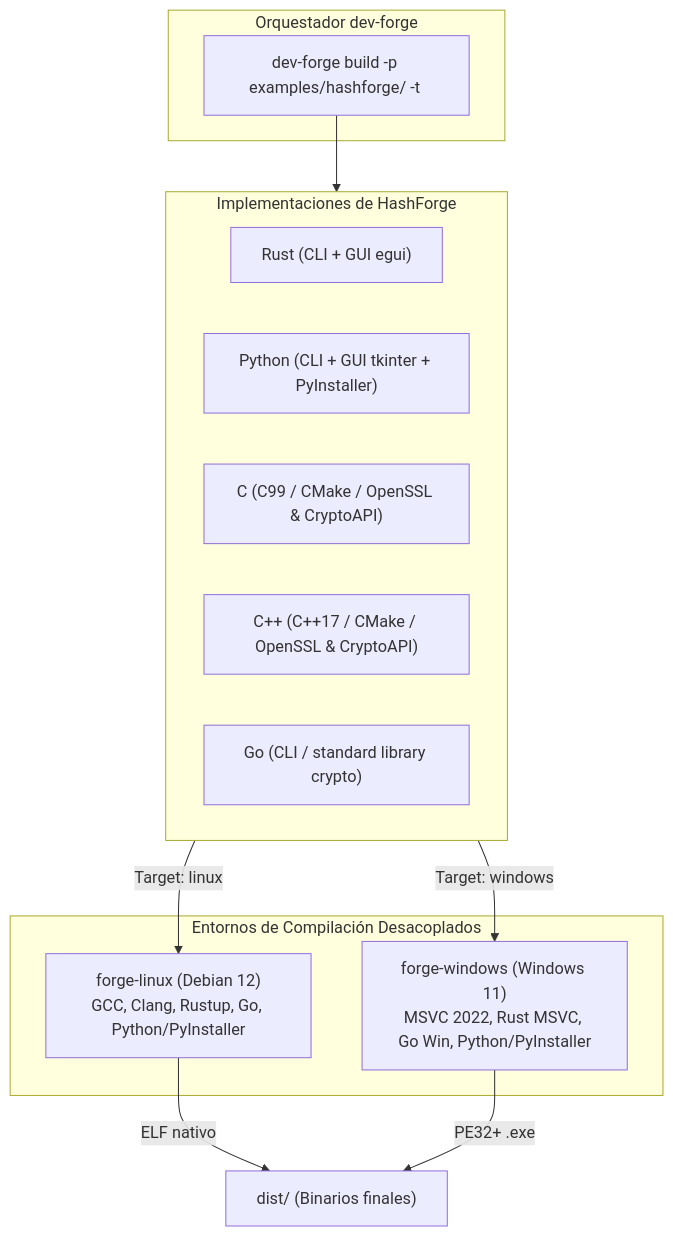
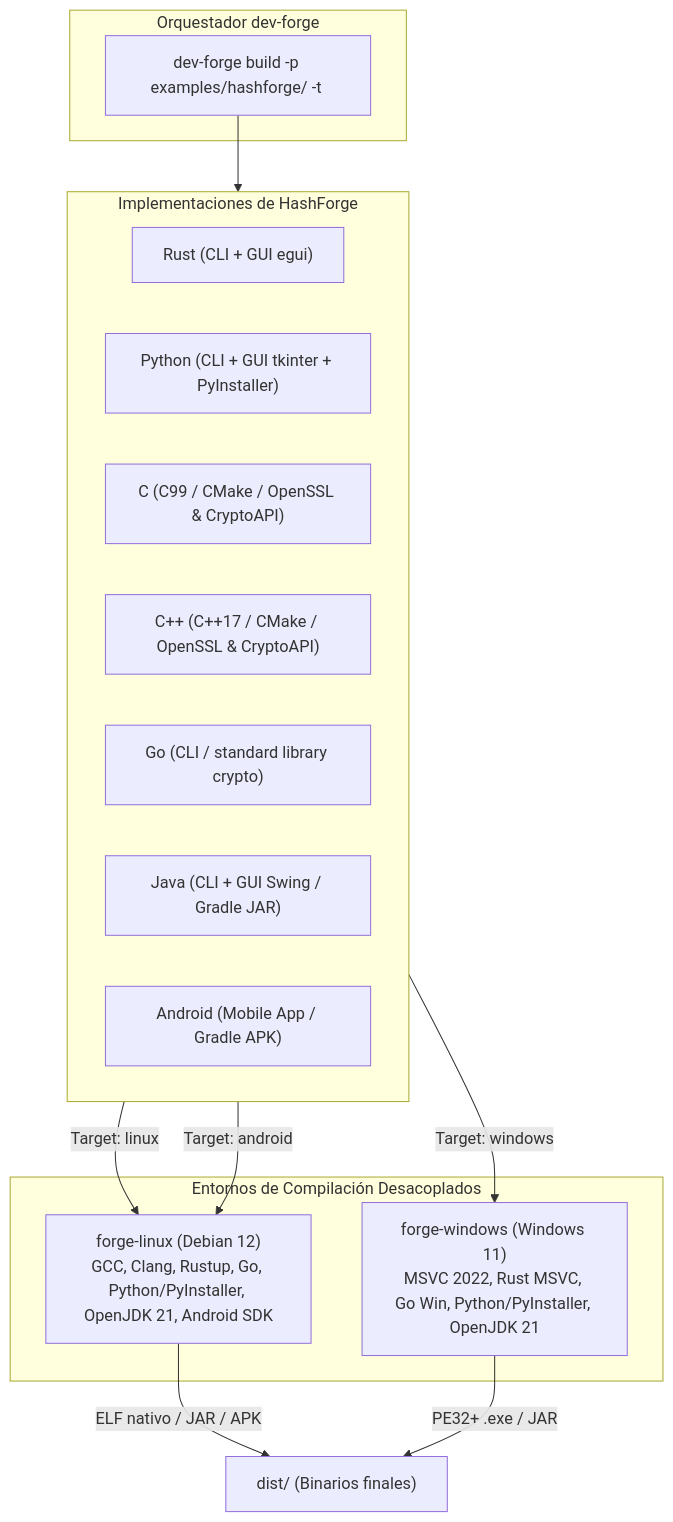
One commit to olorinj/dev-forge changed the diagram in examples/hashforge/README.md. Above: the diagram before and after it, drawn with Mermaid. The commit also changed other lines of this file and 32 other files, not shown here.

First line of the commit message:
feat(examples): add Java and Android mobile implementations to HashForge

````diff
--- a/examples/hashforge/README.md
+++ b/examples/hashforge/README.md
@@ -7,26 +7,29 @@
 ```mermaid
 flowchart TD
     subgraph Orquestador["Orquestador dev-forge"]
         CLI["dev-forge build -p examples/hashforge/<lenguaje> -t <target>"]
     end
 
     subgraph VMs["Entornos de Compilación Desacoplados"]
-        LinuxVM["forge-linux (Debian 12)\nGCC, Clang, Rustup, Go, Python/PyInstaller"]
-        WinVM["forge-windows (Windows 11)\nMSVC 2022, Rust MSVC, Go Win, Python/PyInstaller"]
+        LinuxVM["forge-linux (Debian 12)\nGCC, Clang, Rustup, Go, Python/PyInstaller, OpenJDK 21, Android SDK"]
+        WinVM["forge-windows (Windows 11)\nMSVC 2022, Rust MSVC, Go Win, Python/PyInstaller, OpenJDK 21"]
     end
 
     subgraph Lenguajes["Implementaciones de HashForge"]
         L_Rust["Rust (CLI + GUI egui)"]
         L_Py["Python (CLI + GUI tkinter + PyInstaller)"]
         L_C["C (C99 / CMake / OpenSSL & CryptoAPI)"]
         L_Cpp["C++ (C++17 / CMake / OpenSSL & CryptoAPI)"]
         L_Go["Go (CLI / standard library crypto)"]
+        L_Java["Java (CLI + GUI Swing / Gradle JAR)"]
+        L_Droid["Android (Mobile App / Gradle APK)"]
     end
 
     CLI --> Lenguajes
     Lenguajes -->|Target: linux| LinuxVM
     Lenguajes -->|Target: windows| WinVM
+    Lenguajes -->|Target: android| LinuxVM
 
-    LinuxVM -->|ELF nativo| Dist["dist/ (Binarios finales)"]
-    WinVM -->|PE32+ .exe| Dist
+    LinuxVM -->|ELF nativo / JAR / APK| Dist["dist/ (Binarios finales)"]
+    WinVM -->|PE32+ .exe / JAR| Dist
 ```
````
